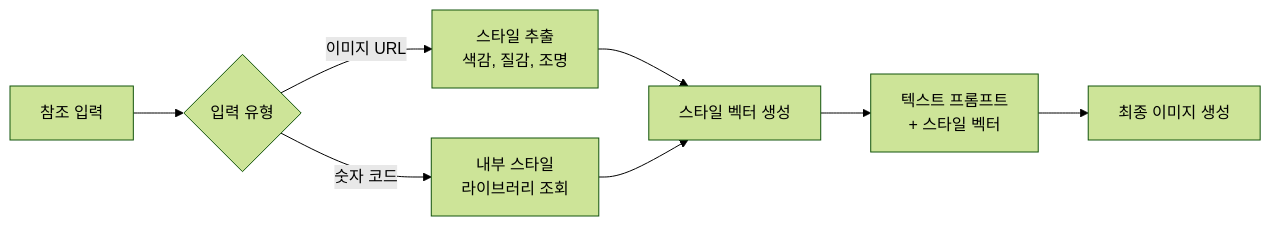
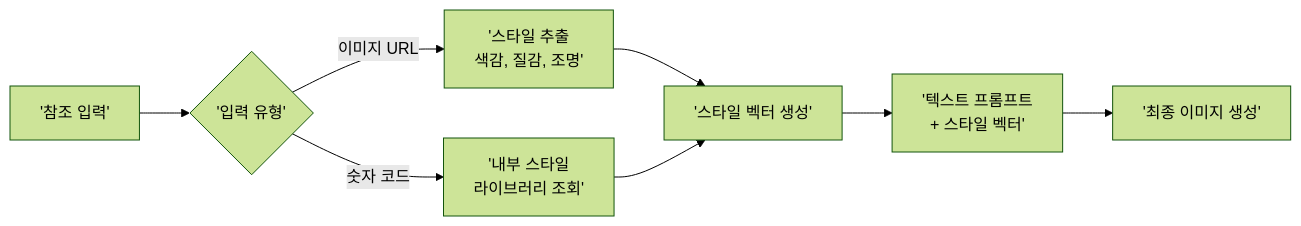
The first of 3 diagrams in 07-ch7-controlnet과-참조-이미지-활용/04-04-midjourney---sref-스타일-레퍼런스.md (jsonpassion/forge-tutorial-promptcanvas), drawn with Mermaid (forest theme) before and after one commit. The commit also changed other lines of this file and 63 other files, not shown here.

````diff
--- a/07-ch7-controlnet과-참조-이미지-활용/04-04-midjourney---sref-스타일-레퍼런스.md
+++ b/07-ch7-controlnet과-참조-이미지-활용/04-04-midjourney---sref-스타일-레퍼런스.md
@@ -55,10 +33,10 @@
 ```mermaid
 flowchart LR
-    A["참조 입력"] --> B{"입력 유형"}
-    B -->|이미지 URL| C["스타일 추출<br/>색감, 질감, 조명"]
-    B -->|숫자 코드| D["내부 스타일<br/>라이브러리 조회"]
-    C --> E["스타일 벡터 생성"]
+    A['참조 입력'] --> B{'입력 유형'}
+    B -->|이미지 URL| C['스타일 추출<br/>색감, 질감, 조명']
+    B -->|숫자 코드| D['내부 스타일<br/>라이브러리 조회']
+    C --> E['스타일 벡터 생성']
     D --> E
-    E --> F["텍스트 프롬프트<br/>+ 스타일 벡터"]
-    F --> G["최종 이미지 생성"]
+    E --> F['텍스트 프롬프트<br/>+ 스타일 벡터']
+    F --> G['최종 이미지 생성']
 ```
````
